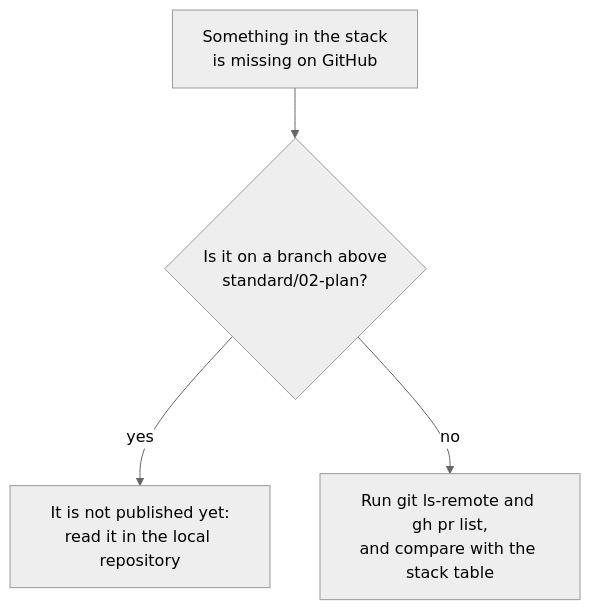
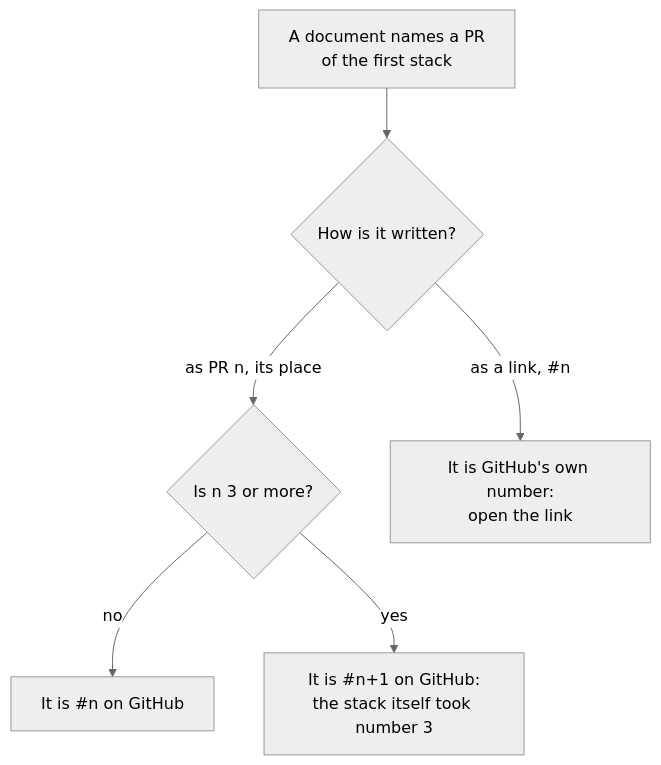
One commit to chandanbsd/baseline-framework changed the diagram in docs/deploy/11-troubleshooting.md. Above: the diagram before and after it, drawn with Mermaid (neutral theme). The commit also changed other lines of this file and 7 other files, not shown here.

````diff
--- a/docs/deploy/11-troubleshooting.md
+++ b/docs/deploy/11-troubleshooting.md
@@ -17,6 +15,8 @@
 ```mermaid
 flowchart TD
-    S["Something in the stack<br/>is missing on GitHub"] --> Q{"Is it on a branch above<br/>standard/02-plan?"}
-    Q -->|"yes"| A["It is not published yet:<br/>read it in the local repository"]
-    Q -->|"no"| B["Run git ls-remote and gh pr list,<br/>and compare with the stack table"]
+    S["A document names a PR<br/>of the first stack"] --> Q{"How is it written?"}
+    Q -->|"as PR n, its place"| P{"Is n 3 or more?"}
+    P -->|"no"| A["It is #n on GitHub"]
+    P -->|"yes"| B["It is #n+1 on GitHub:<br/>the stack itself took number 3"]
+    Q -->|"as a link, #n"| C["It is GitHub's own number:<br/>open the link"]
 ```
````
